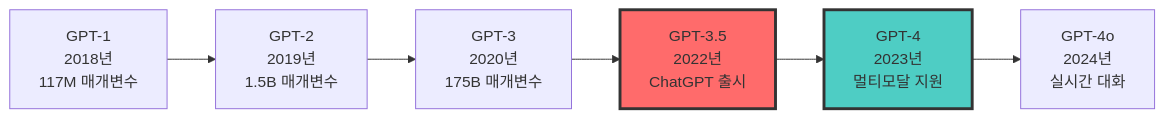
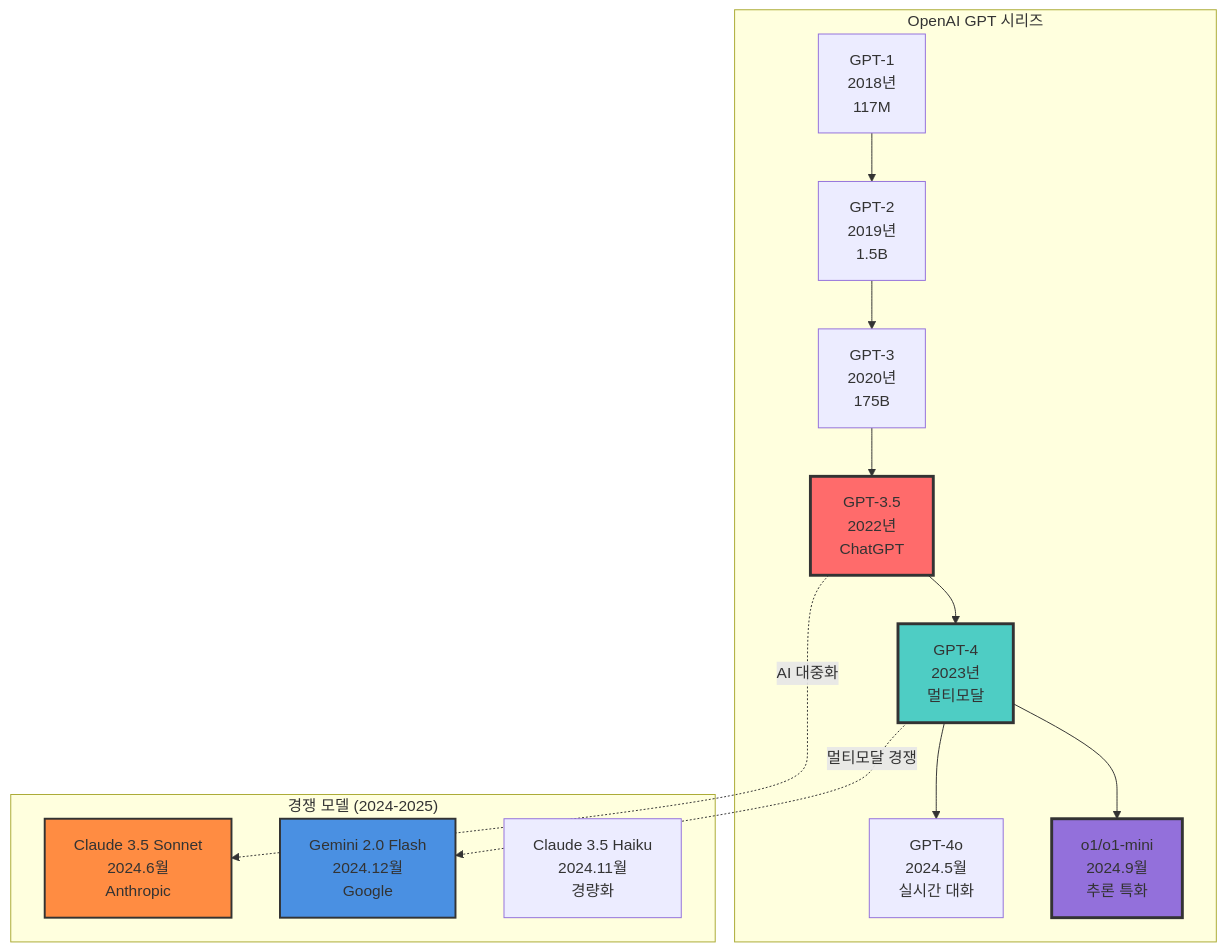
Before and after one commit to statkclee/gpt-retail: the fifth of 8 diagrams in basic.qmd, drawn with Mermaid. The commit also changed other lines of this file and 11 other files, not shown here.

First line of the commit message:
feat: basic.qmd AI 기초 장 대폭 개선 및 SVG 다이어그램 추가

````diff
--- a/basic.qmd
+++ b/basic.qmd
@@ -255,16 +314,35 @@
 ```{mermaid}
 %%| label: fig-gpt-evolution
-%%| fig-cap: "GPT 모델의 발전 과정"
+%%| fig-cap: "GPT 및 주요 AI 모델의 발전 과정 (2018-2025)"
 %%| fig-align: center
-%%| fig-width: 6
+%%| fig-width: 8
 
-graph LR
-    A[GPT-1<br/>2018년<br/>117M 매개변수] --> B[GPT-2<br/>2019년<br/>1.5B 매개변수]
-    B --> C[GPT-3<br/>2020년<br/>175B 매개변수]
-    C --> D[GPT-3.5<br/>2022년<br/>ChatGPT 출시]
-    D --> E[GPT-4<br/>2023년<br/>멀티모달 지원]
-    E --> F[GPT-4o<br/>2024년<br/>실시간 대화]
-    
+graph TB
+    subgraph OpenAI["OpenAI GPT 시리즈"]
+        A[GPT-1<br/>2018년<br/>117M]
+        B[GPT-2<br/>2019년<br/>1.5B]
+        C[GPT-3<br/>2020년<br/>175B]
+        D[GPT-3.5<br/>2022년<br/>ChatGPT]
+        E[GPT-4<br/>2023년<br/>멀티모달]
+        F[GPT-4o<br/>2024.5월<br/>실시간 대화]
+        G[o1/o1-mini<br/>2024.9월<br/>추론 특화]
+
+        A --> B --> C --> D --> E --> F
+        E --> G
+    end
+
+    subgraph Competitors["경쟁 모델 (2024-2025)"]
+        H[Claude 3.5 Sonnet<br/>2024.6월<br/>Anthropic]
+        I[Gemini 2.0 Flash<br/>2024.12월<br/>Google]
+        J[Claude 3.5 Haiku<br/>2024.11월<br/>경량화]
+    end
+
+    D -.->|AI 대중화| H
+    E -.->|멀티모달 경쟁| I
+
     style D fill:#ff6b6b,stroke:#333,stroke-width:3px
     style E fill:#4ecdc4,stroke:#333,stroke-width:3px
+    style G fill:#9370db,stroke:#333,stroke-width:3px
+    style H fill:#ff8c42,stroke:#333,stroke-width:2px
+    style I fill:#4a90e2,stroke:#333,stroke-width:2px
 ```
````
